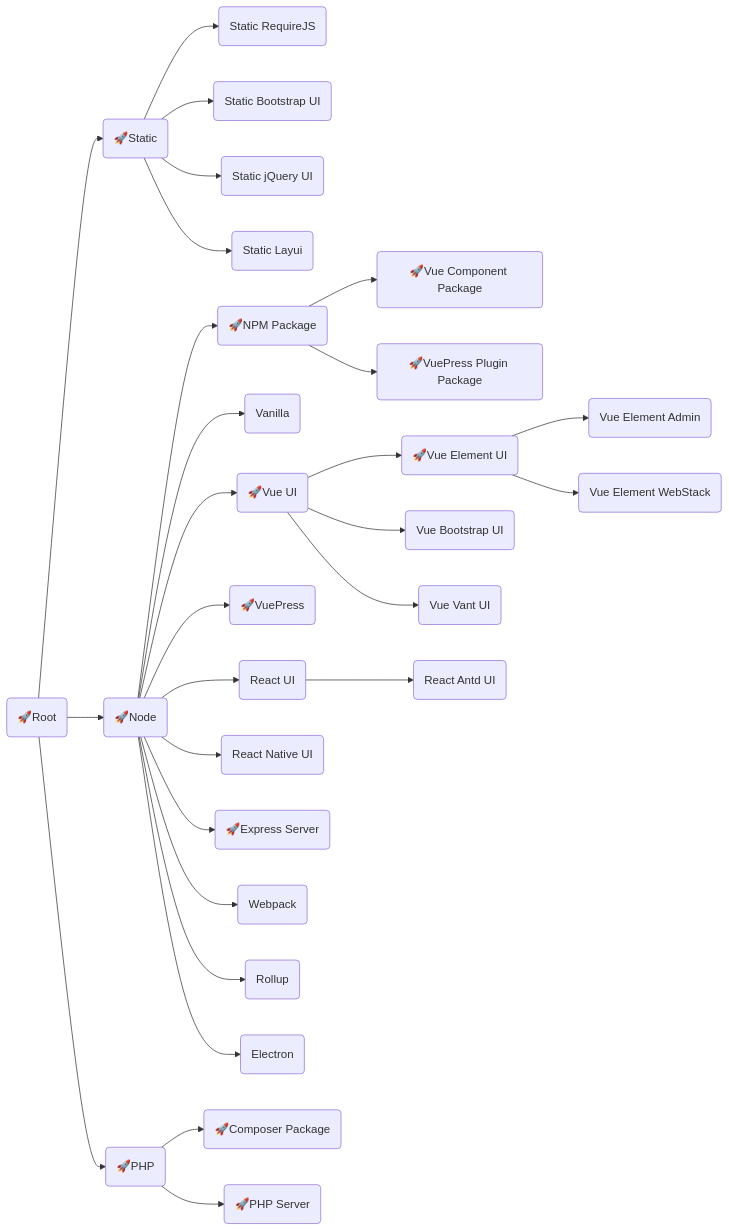
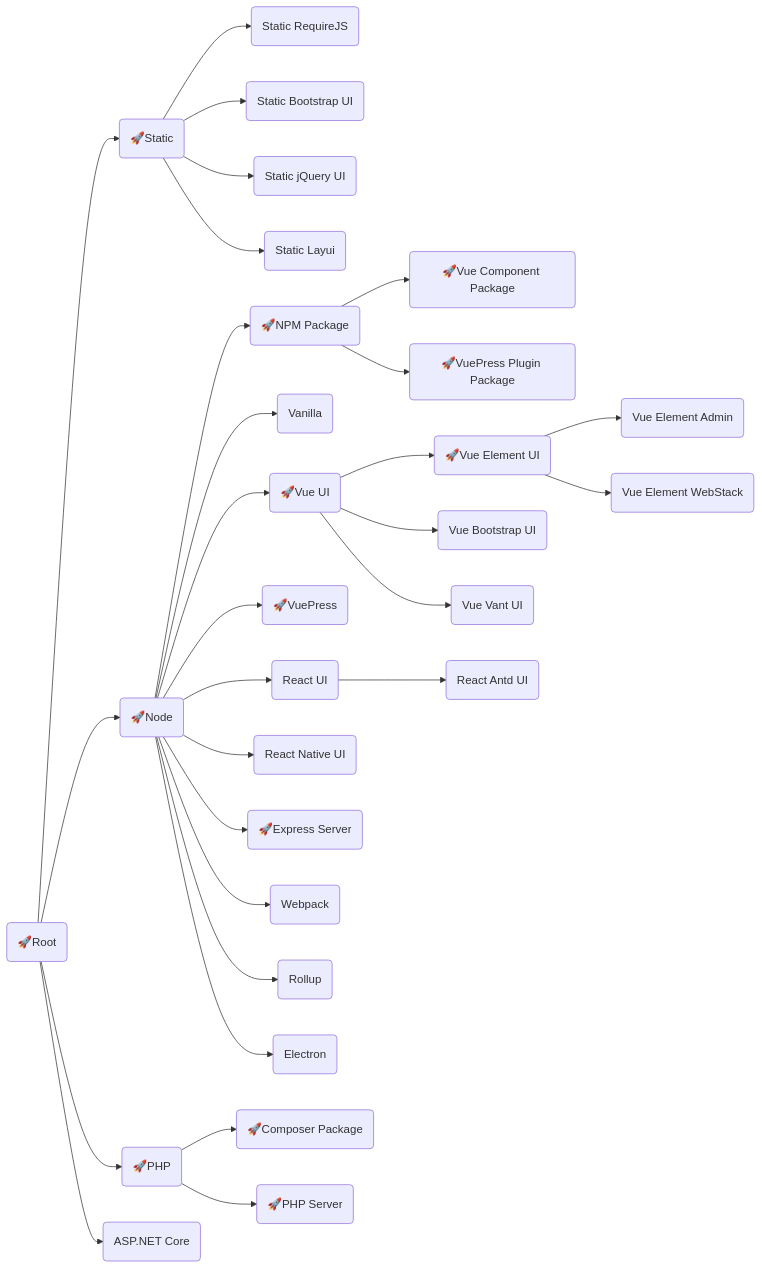
One commit to langnang-templates/.github changed the diagram in profile/README.md. Above: the diagram before and after it, drawn with Mermaid.

````diff
--- a/profile/README.md
+++ b/profile/README.md
@@ -1,46 +1,48 @@
 ```mermaid
 flowchart LR
 Root("🚀Root")
 	click Root "https://github.com/langnang-temp/root"
 
 Root-->Static("🚀Static")
 	click Static "https://github.com/langnang-temp/static"
 	Static-->Static_RequireJS("Static RequireJS")
 	Static-->Static_Bootstrap_UI("Static Bootstrap UI")
 	Static-->Static_jQuery_UI("Static jQuery UI")
 	Static-->Static_Layui("Static Layui")
 Root-->Node("🚀Node")
 	click Node "https://github.com/langnang-temp/node"
 	Node-->NPM_Package("🚀NPM Package")
 		click NPM_Package "https://github.com/langnang-temp/npm-package"
 		NPM_Package-->Vue_UI_Package("🚀Vue Component Package")
 			click Vue_UI_Package "https://github.com/langnang-temp/vue-ui-package"
 		NPM_Package-->VuePress_Plugin_Package("🚀VuePress Plugin Package")
 			click VuePress_Plugin_Package "https://github.com/langnang-temp/vuepress-plugin-package"
 	Node-->Vanilla("Vanilla")
 	Node-->Vue_UI("🚀Vue UI")
 		click Vue_UI "https://github.com/langnang-temp/vue-ui"
 		Vue_UI-->Vue_Element_UI("🚀Vue Element UI")
 			click Vue_Element_UI "https://github.com/langnang-temp/vue-element-ui"
 			Vue_Element_UI-->Vue_Element_Admin("Vue Element Admin")
 			Vue_Element_UI-->Vue_Element_WebStack("Vue Element WebStack")
 		Vue_UI-->Vue_Bootstrap_UI("Vue Bootstrap UI")
 		Vue_UI-->Vue_Vant_UI("Vue Vant UI")
 	Node-->VuePress("🚀VuePress")
 		click VuePress "https://github.com/langnang-temp/vuepress"
 	Node-->React_UI("React UI")
 		React_UI-->React_Antd_UI("React Antd UI")
 	Node-->React_Native_UI("React Native UI")
 	Node-->Express_Server("🚀Express Server")
 		click Express_Server "https://github.com/langnang-temp/express-server"
 	Node-->Webpack("Webpack")
 	Node-->Rollup("Rollup")
 	Node-->Electron("Electron")
 
 Root-->PHP("🚀PHP")
 	click PHP "https://github.com/langnang-temp/php"
 	PHP-->Composer_Package("🚀Composer Package")
 	click Composer_Package "https://github.com/langnang-temp/composer-package"
 	PHP-->PHP_Server("🚀PHP Server")
 		click PHP_Server "https://github.com/langnang-temp/php-server"
+		
+Root-->AspNetCore("ASP.NET Core")
 ```
````
